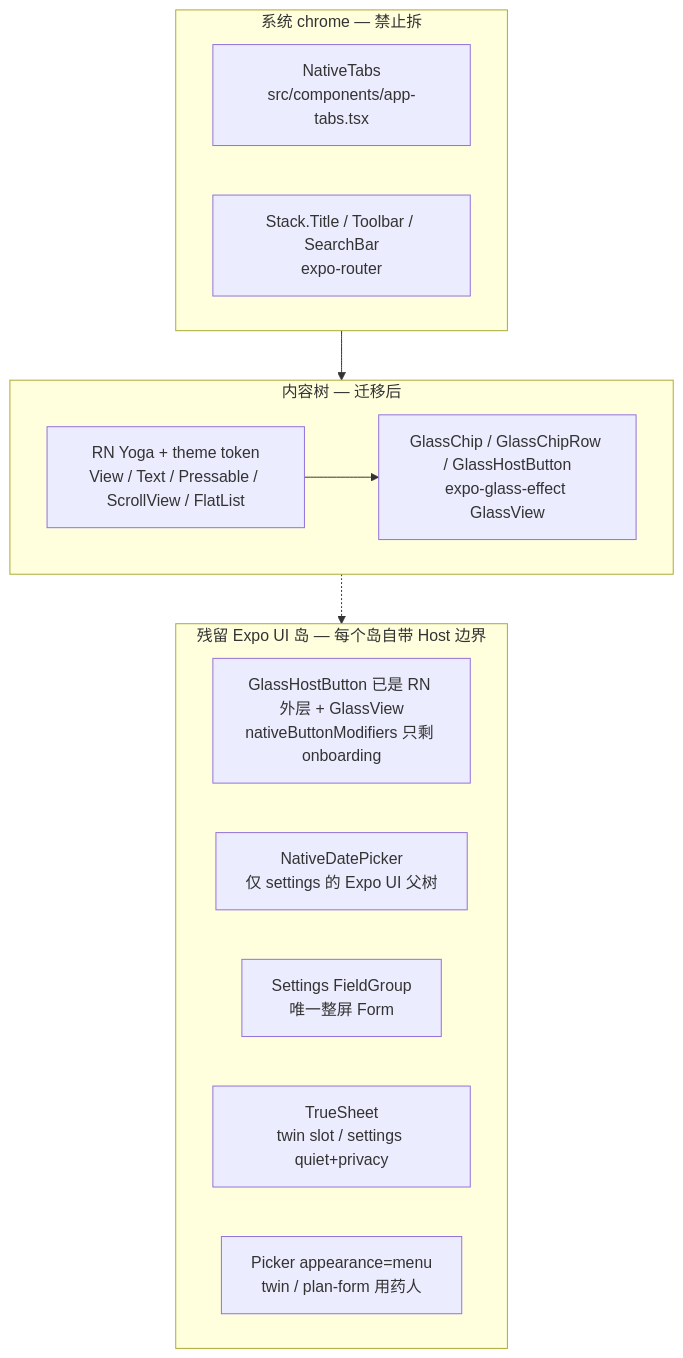
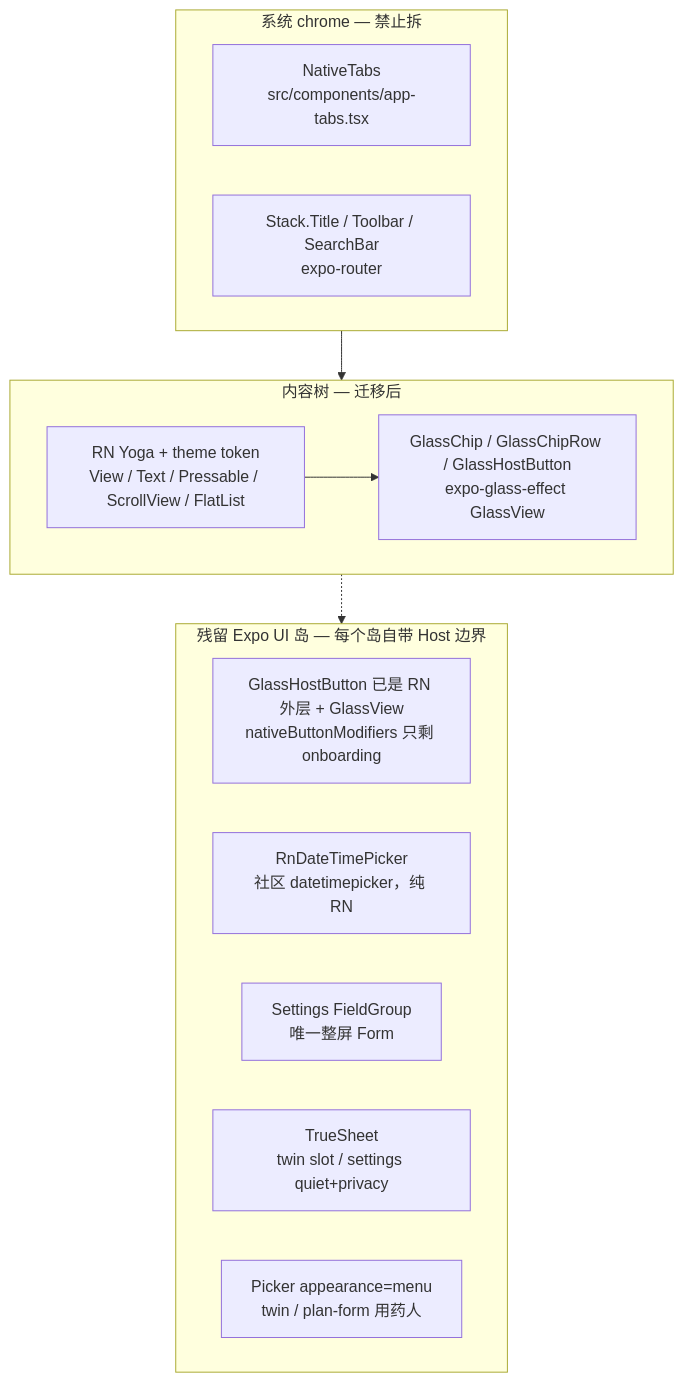
The first of 2 diagrams in app/docs/plans/迁移计划.md (youngxhui/RememberYao), drawn with Mermaid before and after one commit. The commit also changed other lines of this file and 9 other files, not shown here.

First line of the commit message:
迁移(expo-ui): 设置页改纯 RN，分组卡片对齐 design/settings.html

````diff
--- a/app/docs/plans/迁移计划.md
+++ b/app/docs/plans/迁移计划.md
@@ -101,24 +103,24 @@
 ```mermaid
 flowchart TB
   subgraph chrome [系统 chrome — 禁止拆]
     NT[NativeTabs<br/>src/components/app-tabs.tsx]
     ST[Stack.Title / Toolbar / SearchBar<br/>expo-router]
   end
 
   subgraph content [内容树 — 迁移后]
     RN[RN Yoga + theme token<br/>View / Text / Pressable / ScrollView / FlatList]
     GC[GlassChip / GlassChipRow / GlassHostButton<br/>expo-glass-effect GlassView]
     RN --> GC
   end
 
   subgraph islands [残留 Expo UI 岛 — 每个岛自带 Host 边界]
     GB[GlassHostButton 已是 RN 外层 + GlassView<br/>nativeButtonModifiers 只剩 onboarding]
-    DP[NativeDatePicker<br/>仅 settings 的 Expo UI 父树]
+    DP[RnDateTimePicker<br/>社区 datetimepicker，纯 RN]
     FG[Settings FieldGroup<br/>唯一整屏 Form]
     TS[TrueSheet<br/>twin slot / settings quiet+privacy]
     PK[Picker appearance=menu<br/>twin / plan-form 用药人]
   end
 
   chrome --> content
   content -.-> islands
 ```
````
